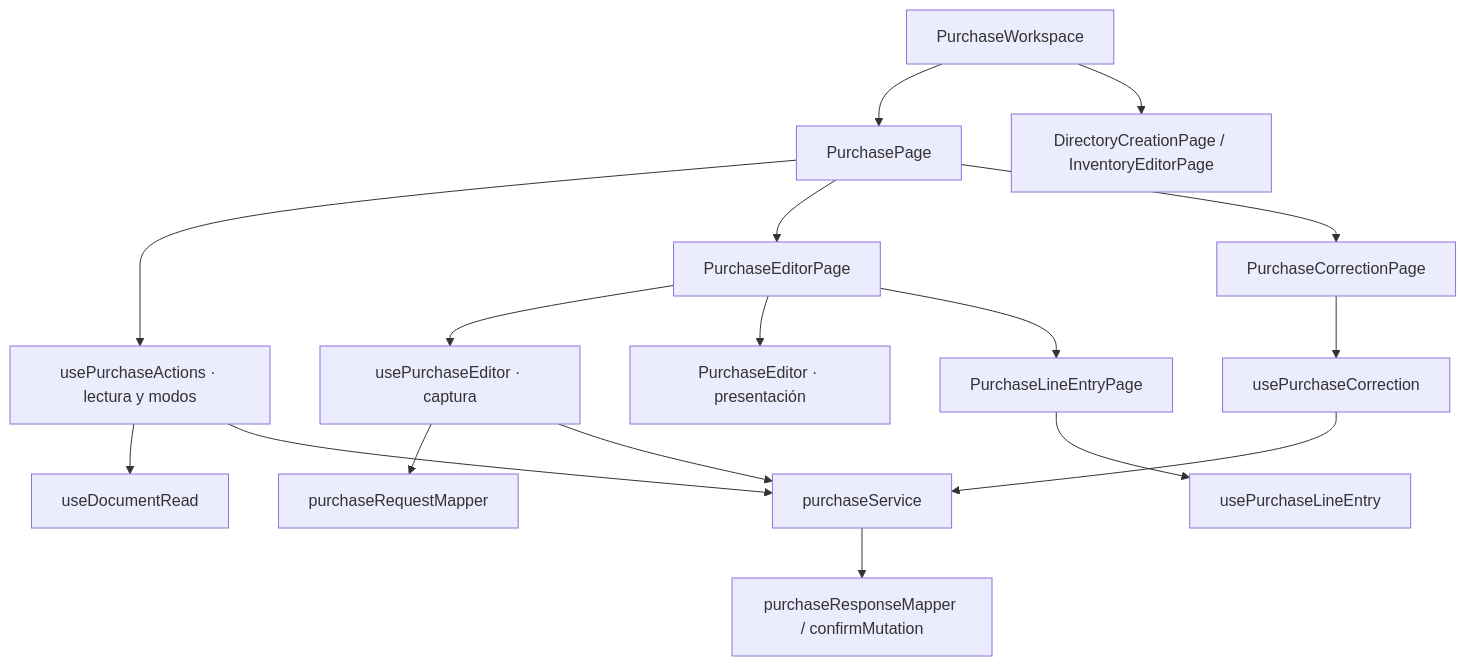
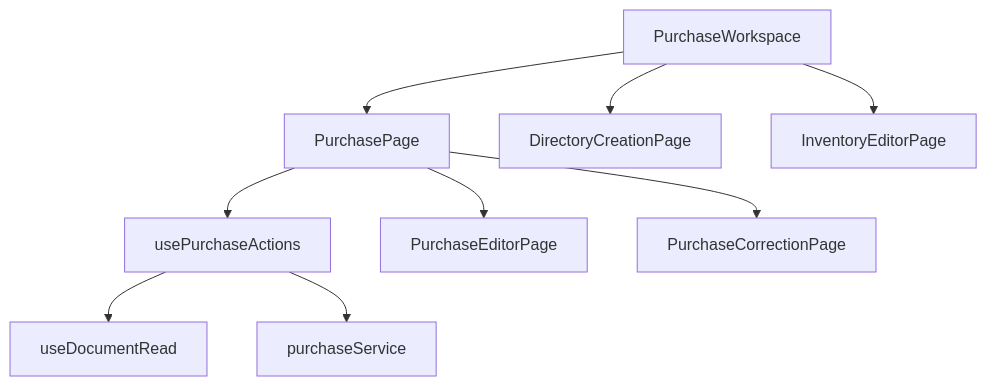
One commit to gpgsistemas01/nexus changed the first of 3 diagrams in front/docs/architecture/views/logical/components/06-purchases.md. Above: the diagram before and after it, drawn with Mermaid. The commit also changed other lines of this file and 158 other files, not shown here.

````diff
--- a/front/docs/architecture/views/logical/components/06-purchases.md
+++ b/front/docs/architecture/views/logical/components/06-purchases.md
@@ -9,19 +7,20 @@
 ```mermaid
 flowchart TB
-    workspace["PurchaseWorkspace"] --> page["PurchasePage"]
-    workspace --> auxiliary["DirectoryCreationPage / InventoryEditorPage"]
-    page --> actions["usePurchaseActions · lectura y modos"]
-    actions --> read["useDocumentRead"]
-    page --> editorPage["PurchaseEditorPage"]
-    editorPage --> editor["usePurchaseEditor · captura"]
-    editorPage --> view["PurchaseEditor · presentación"]
-    editorPage --> linePage["PurchaseLineEntryPage"]
-    linePage --> line["usePurchaseLineEntry"]
-    page --> correctionPage["PurchaseCorrectionPage"]
-    correctionPage --> correction["usePurchaseCorrection"]
-    editor --> mapper["purchaseRequestMapper"]
-    editor --> service["purchaseService"]
+    workspace["PurchaseWorkspace"]
+    page["PurchasePage"]
+    auxiliary["DirectoryCreationPage"]
+    item["InventoryEditorPage"]
+    actions["usePurchaseActions"]
+    read["useDocumentRead"]
+    editorPage["PurchaseEditorPage"]
+    correctionPage["PurchaseCorrectionPage"]
+    service["purchaseService"]
+    workspace --> page
+    workspace --> auxiliary
+    workspace --> item
+    page --> actions
+    page --> editorPage
+    page --> correctionPage
+    actions --> read
     actions --> service
-    correction --> service
-    service --> response["purchaseResponseMapper / confirmMutation"]
 ```
````
